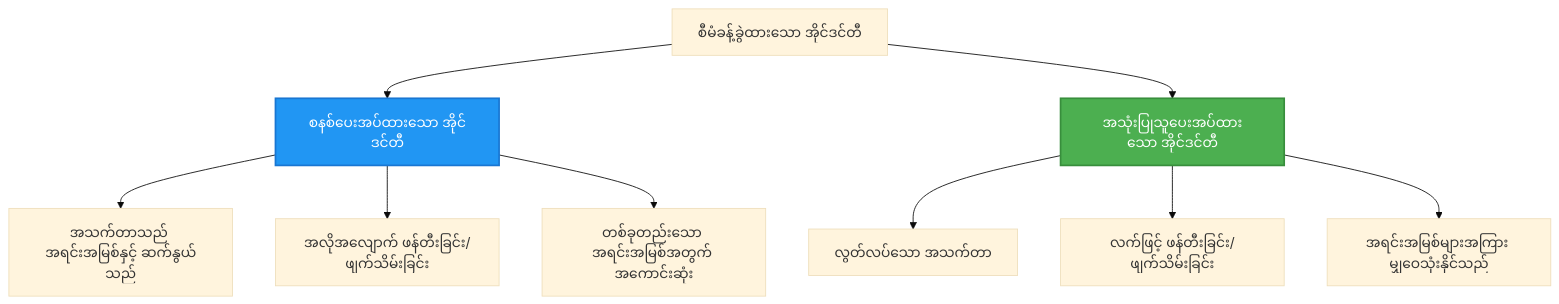
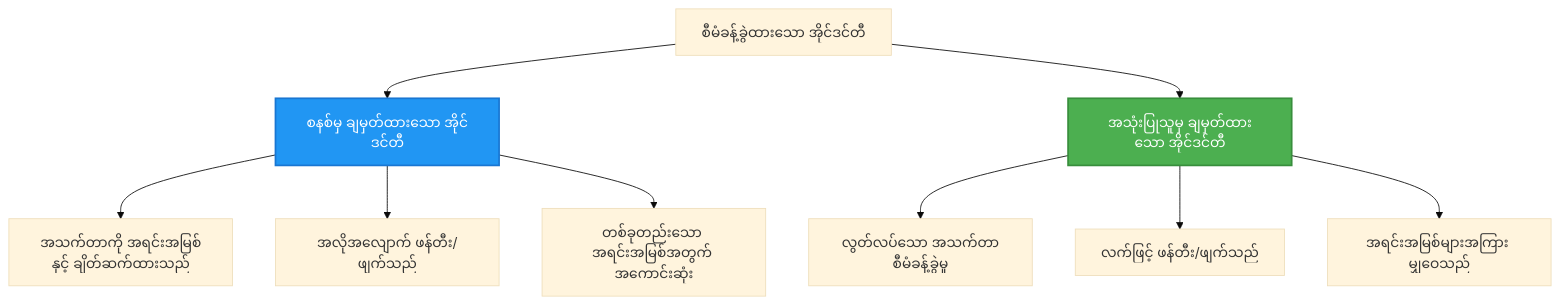
The second of 2 diagrams in translations/my/docs/chapter-03-configuration/authsecurity.md (microsoft/AZD-for-beginners), drawn with Mermaid (base theme) before and after one commit. The commit also changed other lines of this file and 104 other files, not shown here.

````diff
--- a/translations/my/docs/chapter-03-configuration/authsecurity.md
+++ b/translations/my/docs/chapter-03-configuration/authsecurity.md
@@ -97,20 +98,20 @@
 ```mermaid
 graph TB
     MI[စီမံခန့်ခွဲထားသော အိုင်ဒင်တီ]
-    SystemAssigned[စနစ်ပေးအပ်ထားသော အိုင်ဒင်တီ]
-    UserAssigned[အသုံးပြုသူပေးအပ်ထားသော အိုင်ဒင်တီ]
+    SystemAssigned[စနစ်မှ ချမှတ်ထားသော အိုင်ဒင်တီ]
+    UserAssigned[အသုံးပြုသူမှ ချမှတ်ထားသော အိုင်ဒင်တီ]
     
     MI --> SystemAssigned
     MI --> UserAssigned
     
-    SystemAssigned --> SA1[အသက်တာသည် အရင်းအမြစ်နှင့် ဆက်နွယ်သည်]
-    SystemAssigned --> SA2[အလိုအလျောက် ဖန်တီးခြင်း/ဖျက်သိမ်းခြင်း]
+    SystemAssigned --> SA1[အသက်တာကို အရင်းအမြစ်နှင့် ချိတ်ဆက်ထားသည်]
+    SystemAssigned --> SA2[အလိုအလျောက် ဖန်တီး/ဖျက်သည်]
     SystemAssigned --> SA3[တစ်ခုတည်းသော အရင်းအမြစ်အတွက် အကောင်းဆုံး]
     
-    UserAssigned --> UA1[လွတ်လပ်သော အသက်တာ]
-    UserAssigned --> UA2[လက်ဖြင့် ဖန်တီးခြင်း/ဖျက်သိမ်းခြင်း]
-    UserAssigned --> UA3[အရင်းအမြစ်များအကြား မျှဝေသုံးနိုင်သည်]
+    UserAssigned --> UA1[လွတ်လပ်သော အသက်တာစီမံခန့်ခွဲမှု]
+    UserAssigned --> UA2[လက်ဖြင့် ဖန်တီး/ဖျက်သည်]
+    UserAssigned --> UA3[အရင်းအမြစ်များအကြား မျှဝေသည်]
     
     style SystemAssigned fill:#2196F3,stroke:#1976D2,stroke-width:2px,color:#fff
     style UserAssigned fill:#4CAF50,stroke:#388E3C,stroke-width:2px,color:#fff
 ```
````
